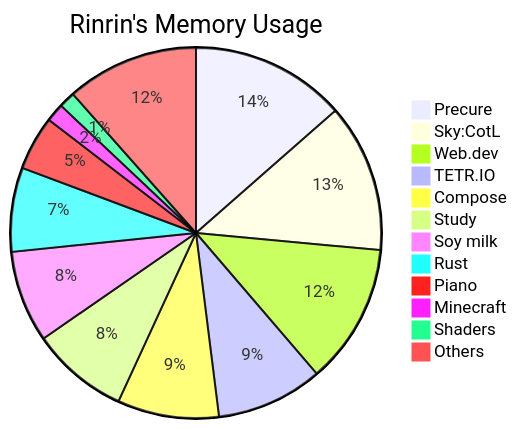
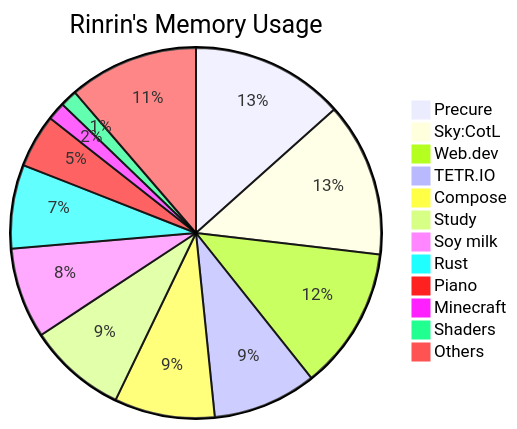
Before and after one commit to Rinrin0413/Rinrin0413: the diagram in README.md, drawn with Mermaid.

Commit message:
🛠 Update: Rinrin's Memory Usage

````diff
--- a/README.md
+++ b/README.md
@@ -76,15 +76,15 @@
 ```mermaid
 pie title Rinrin's Memory Usage
     "Precure": 524
-    "Sky:CotL": 501
-    "Web.dev": 474
-    "TETR.IO": 360
+    "Sky:CotL": 527
+    "Web.dev": 487
+    "TETR.IO": 355
     "Compose": 343
-    "Study": 329
+    "Study": 336
     "Soy milk": 310
-    "Rust": 284
-    "Piano": 183
+    "Rust": 286
+    "Piano": 182
     "Minecraft": 62
-    "Shaders": 55
-    "Others": 447
+    "Shaders": 58
+    "Others": 443
 ```
````
